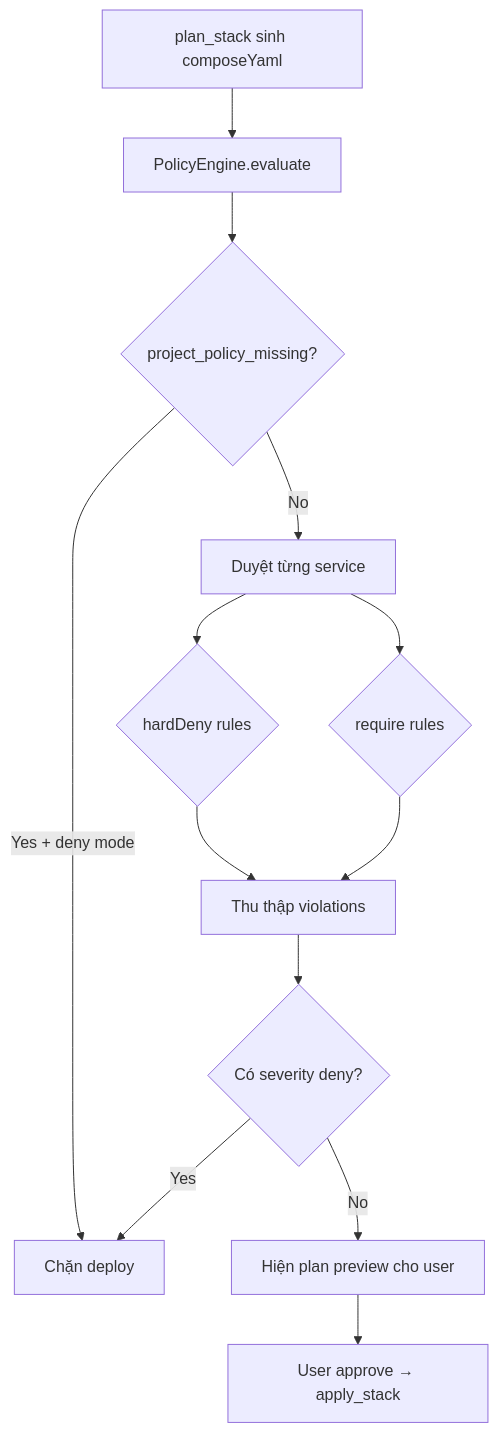
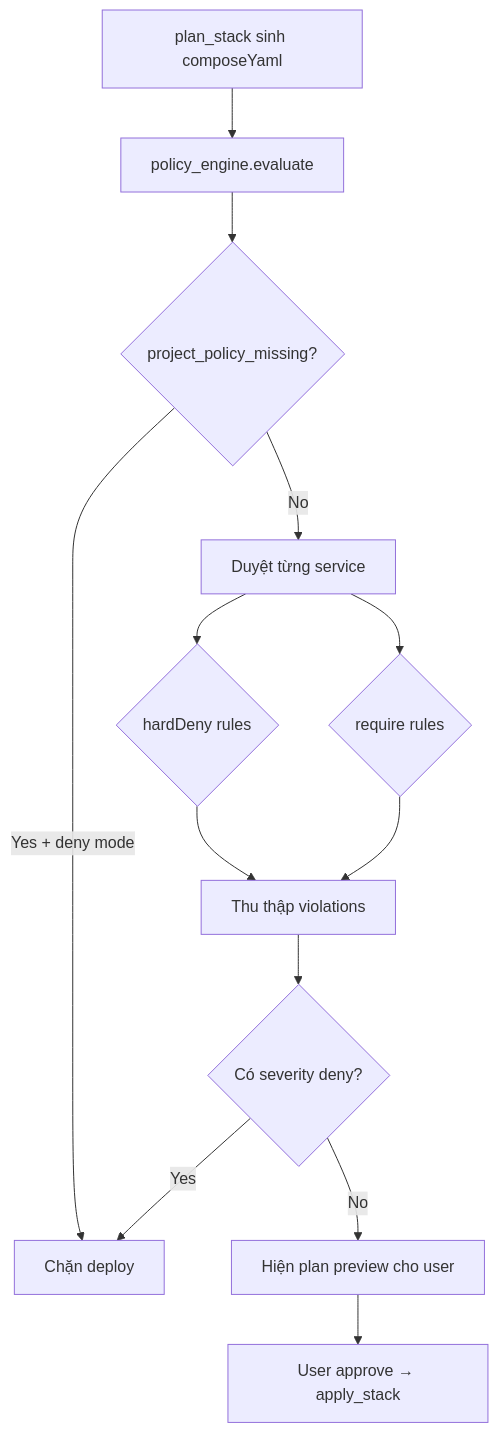
One commit to NeoCyber05/Docker-Agent-CLI changed the diagram in docs/policies.md. Above: the diagram before and after it, drawn with Mermaid. The commit also changed other lines of this file and 509 other files, not shown here.

````diff
--- a/docs/policies.md
+++ b/docs/policies.md
@@ -270,15 +269,15 @@
 ```mermaid
 flowchart TD
-  A[plan_stack sinh composeYaml] --> B[PolicyEngine.evaluate]
+  A[plan_stack sinh composeYaml] --> B[policy_engine.evaluate]
   B --> C{project_policy_missing?}
   C -->|Yes + deny mode| D[Chặn deploy]
   C -->|No| E[Duyệt từng service]
   E --> F{hardDeny rules}
   E --> G{require rules}
   F --> H[Thu thập violations]
   G --> H
   H --> I{Có severity deny?}
   I -->|Yes| D
   I -->|No| J[Hiện plan preview cho user]
   J --> K[User approve → apply_stack]
 ```
````
